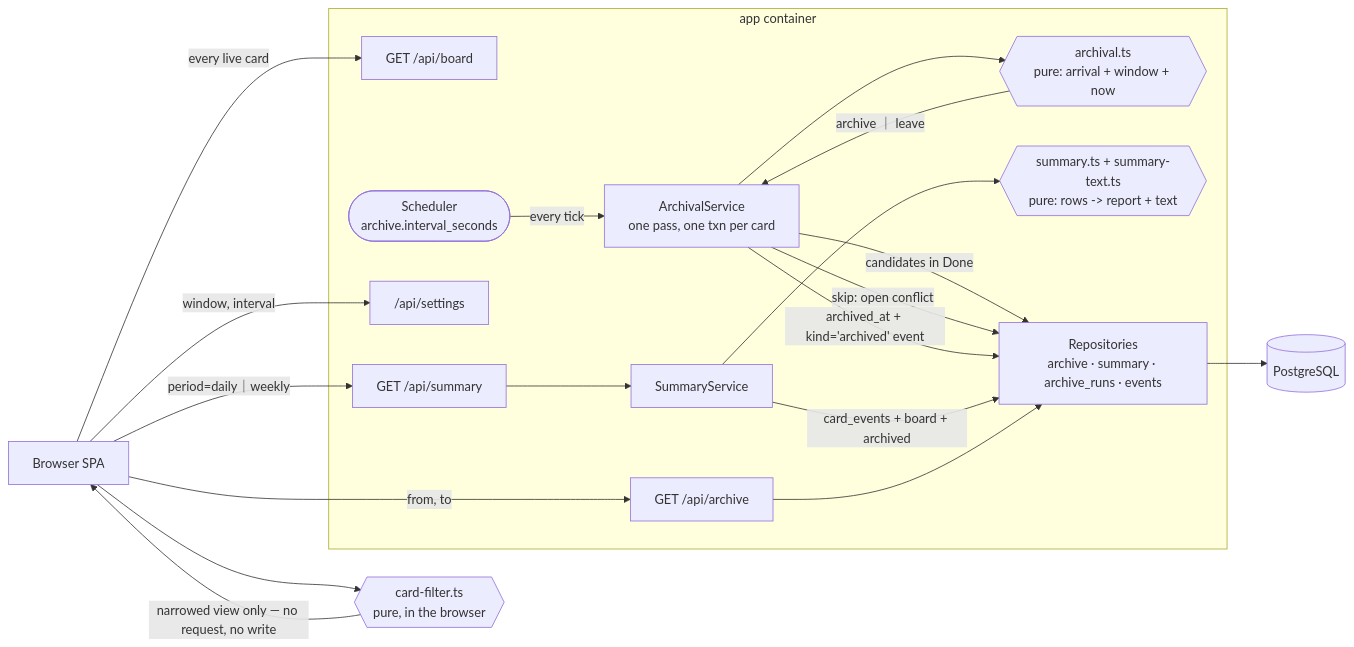
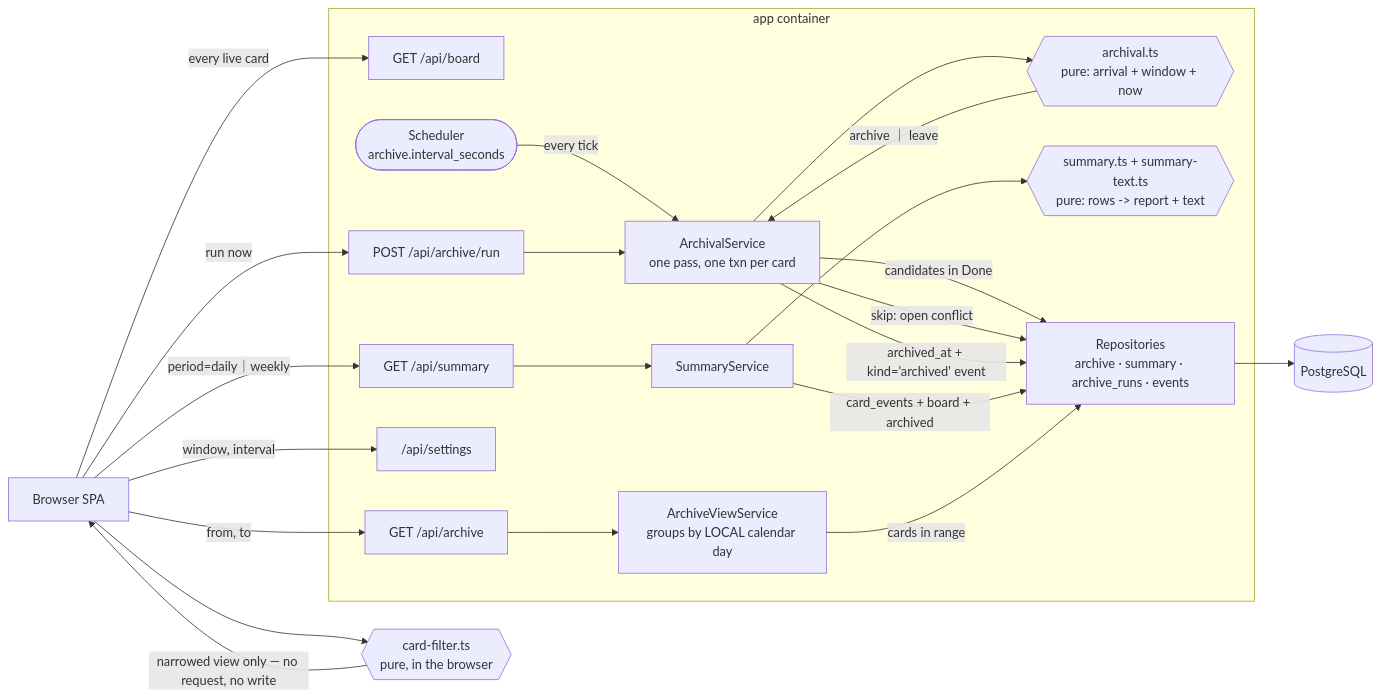
The first of 2 diagrams in specs/004-review-and-reporting/plan.md (wedelthomas/quickKanban), drawn with Mermaid before and after one commit. The commit also changed other lines of this file and 12 other files, not shown here.

````diff
--- a/specs/004-review-and-reporting/plan.md
+++ b/specs/004-review-and-reporting/plan.md
@@ -217,43 +217,48 @@
 ```mermaid
 flowchart LR
   Browser["Browser SPA"]
 
   subgraph app["app container"]
     BoardRoute["GET /api/board"]
     ArchiveRoute["GET /api/archive"]
+    RunRoute["POST /api/archive/run"]
     SummaryRoute["GET /api/summary"]
     SetRoute["/api/settings"]
 
     Sched(["Scheduler<br/>archive.interval_seconds"])
     Archival["ArchivalService<br/>one pass, one txn per card"]
     Eligible{{"archival.ts<br/>pure: arrival + window + now"}}
     SummarySvc["SummaryService"]
     Build{{"summary.ts + summary-text.ts<br/>pure: rows -> report + text"}}
+    ViewSvc["ArchiveViewService<br/>groups by LOCAL calendar day"]
 
     Repos["Repositories<br/>archive · summary · archive_runs · events"]
   end
 
   Filter{{"card-filter.ts<br/>pure, in the browser"}}
   DB[("PostgreSQL")]
 
   Browser -->|"every live card"| BoardRoute
   Browser --> Filter
   Filter -->|"narrowed view only — no request, no write"| Browser
   Browser -->|"from, to"| ArchiveRoute
+  Browser -->|"run now"| RunRoute
   Browser -->|"period=daily｜weekly"| SummaryRoute
   Browser -->|"window, interval"| SetRoute
 
   Sched -->|"every tick"| Archival
+  RunRoute --> Archival
   Archival -->|"candidates in Done"| Repos
   Archival --> Eligible
   Eligible -->|"archive ｜ leave"| Archival
   Archival -->|"skip: open conflict"| Repos
   Archival -->|"archived_at + kind='archived' event"| Repos
 
   SummaryRoute --> SummarySvc
   SummarySvc -->|"card_events + board + archived"| Repos
   SummarySvc --> Build
 
-  ArchiveRoute --> Repos
+  ArchiveRoute --> ViewSvc
+  ViewSvc -->|"cards in range"| Repos
   Repos --> DB
 ```
````
